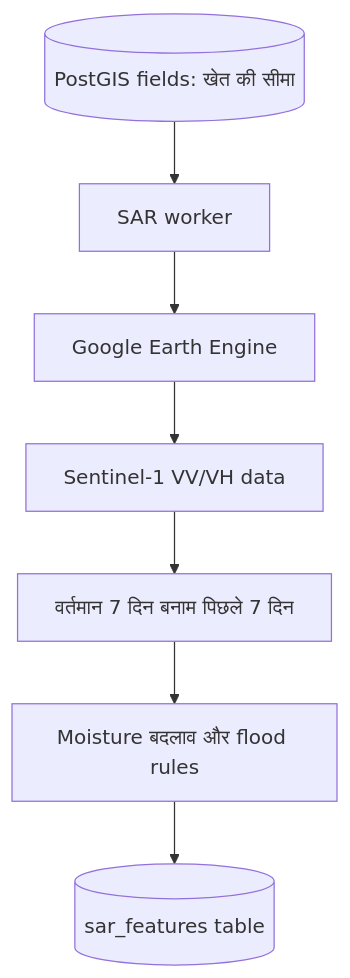
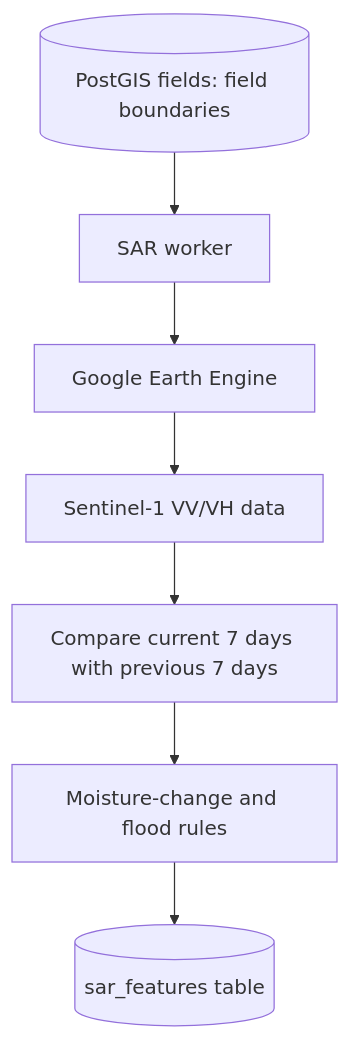
Before and after one commit to TarunSuthar012/Crop-Wise: the third of 3 diagrams in Summary.md, drawn with Mermaid. The commit also changed other lines of this file, not shown here.

````diff
--- a/Summary.md
+++ b/Summary.md
@@ -159,9 +159,9 @@
 ```mermaid
 flowchart TD
-    Fields[(PostGIS fields: खेत की सीमा)] --> Worker[SAR worker]
+    Fields[(PostGIS fields: field boundaries)] --> Worker[SAR worker]
     Worker --> GEE[Google Earth Engine]
     GEE --> S1[Sentinel-1 VV/VH data]
-    S1 --> Compare[वर्तमान 7 दिन बनाम पिछले 7 दिन]
-    Compare --> Rules[Moisture बदलाव और flood rules]
+    S1 --> Compare[Compare current 7 days with previous 7 days]
+    Compare --> Rules[Moisture-change and flood rules]
     Rules --> Results[(sar_features table)]
 ```
````
